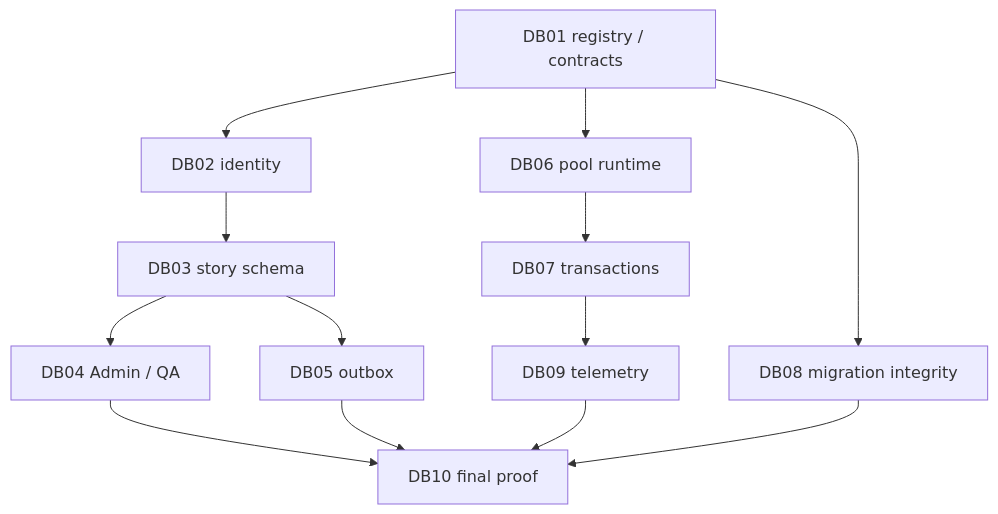
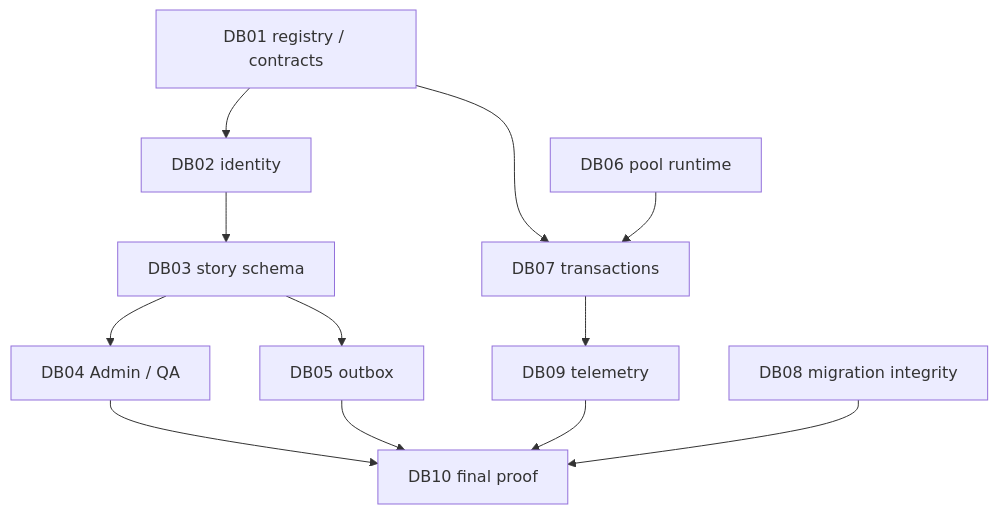
Before and after one commit to DenisSkulovic/offscreen-rpg: the diagram in work/undertakings/storyteller-workshop/DB-PARALLEL.md, drawn with Mermaid. The commit also changed other lines of this file and 15 other files, not shown here.

````diff
--- a/work/undertakings/storyteller-workshop/DB-PARALLEL.md
+++ b/work/undertakings/storyteller-workshop/DB-PARALLEL.md
@@ -5,15 +5,16 @@
 ```mermaid
 flowchart TD
  F[DB01 registry / contracts] --> I[DB02 identity]
- F --> R[DB06 pool runtime]
- F --> M[DB08 migration integrity]
+ R[DB06 pool runtime]
+ M[DB08 migration integrity]
  I --> S[DB03 story schema]
- R --> T[DB07 transactions]
+ F --> T[DB07 transactions]
+ R --> T
  S --> A[DB04 Admin / QA]
  S --> O[DB05 outbox]
  T --> L[DB09 telemetry]
  A --> J[DB10 final proof]
  O --> J
  L --> J
  M --> J
 ```
````
